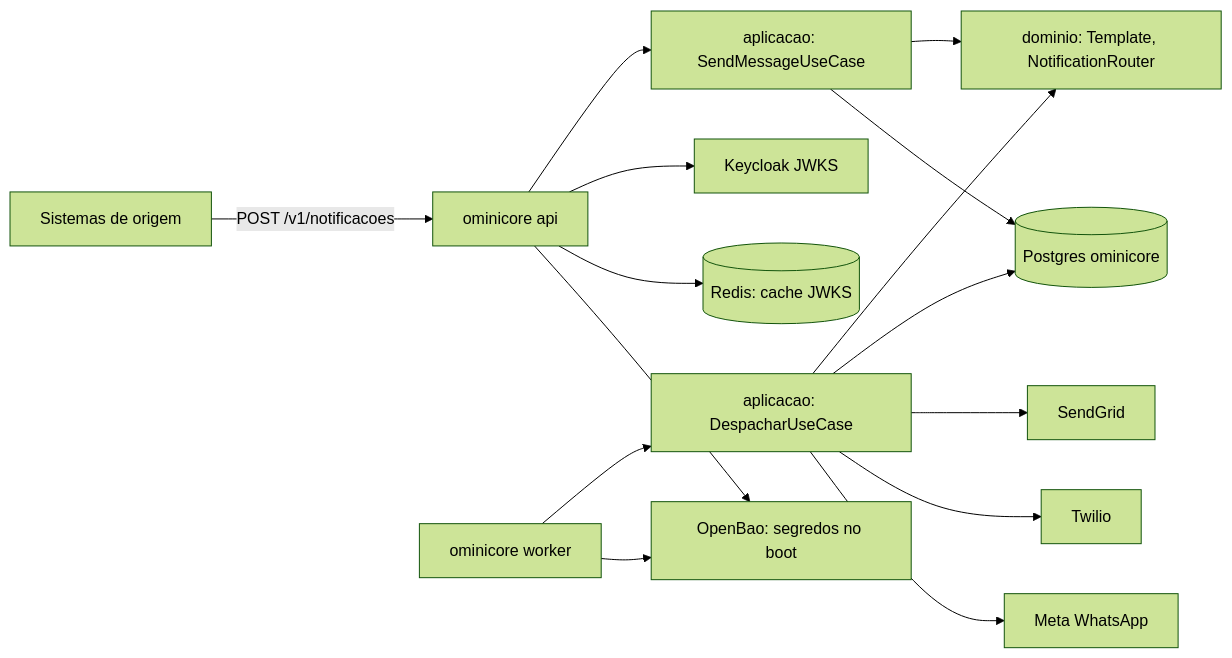
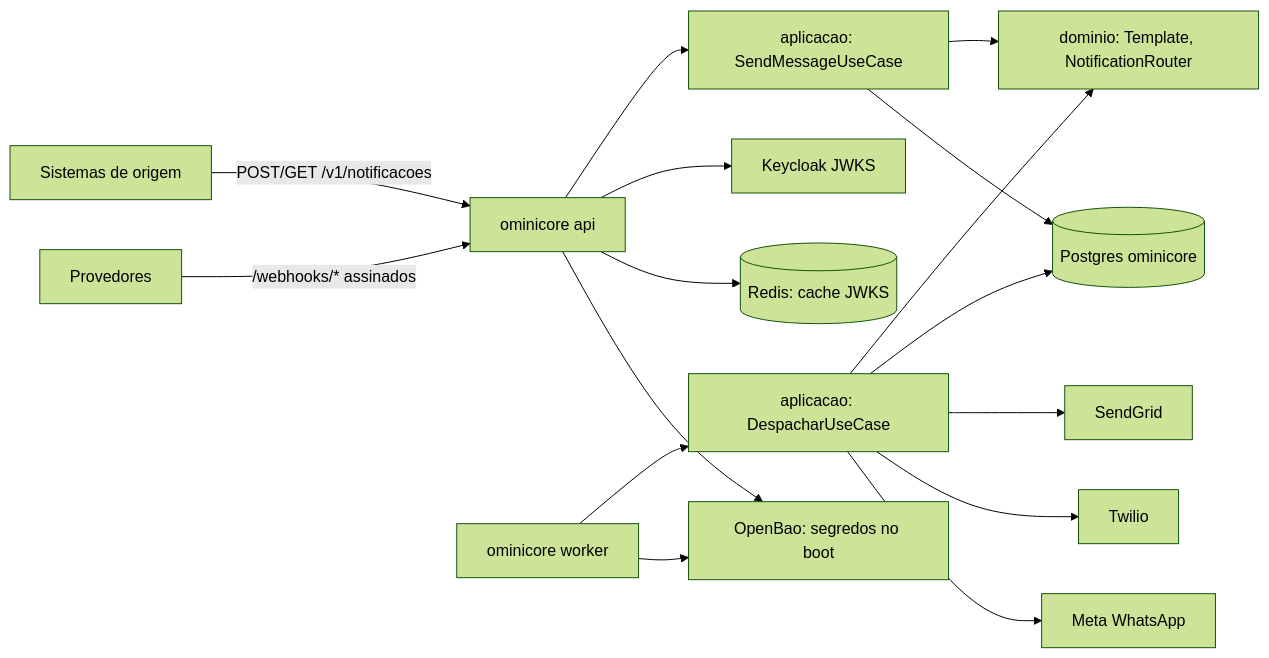
The diagram in DOC/System/mapa/visao-geral.md (mauriciomiwa/ominicore-service), drawn with Mermaid (forest theme) before and after one commit. The commit also changed other lines of this file and 55 other files, not shown here.

````diff
--- a/DOC/System/mapa/visao-geral.md
+++ b/DOC/System/mapa/visao-geral.md
@@ -13,15 +13,16 @@
 ```mermaid
 graph LR
-  S[Sistemas de origem] -->|POST /v1/notificacoes| API[ominicore api]
+  S[Sistemas de origem] -->|POST/GET /v1/notificacoes| API[ominicore api]
+  PV[Provedores] -->|/webhooks/* assinados| API
   API --> APP[aplicacao: SendMessageUseCase]
   W[ominicore worker] --> DESP[aplicacao: DespacharUseCase]
   APP --> DOM[dominio: Template, NotificationRouter]
   DESP --> DOM
   APP & DESP --> PG[(Postgres ominicore)]
   DESP --> SG[SendGrid]
   DESP --> TW[Twilio]
   DESP --> WA[Meta WhatsApp]
   API --> KC[Keycloak JWKS]
   API --> RD[(Redis: cache JWKS)]
   API & W --> BAO[OpenBao: segredos no boot]
 ```
````
